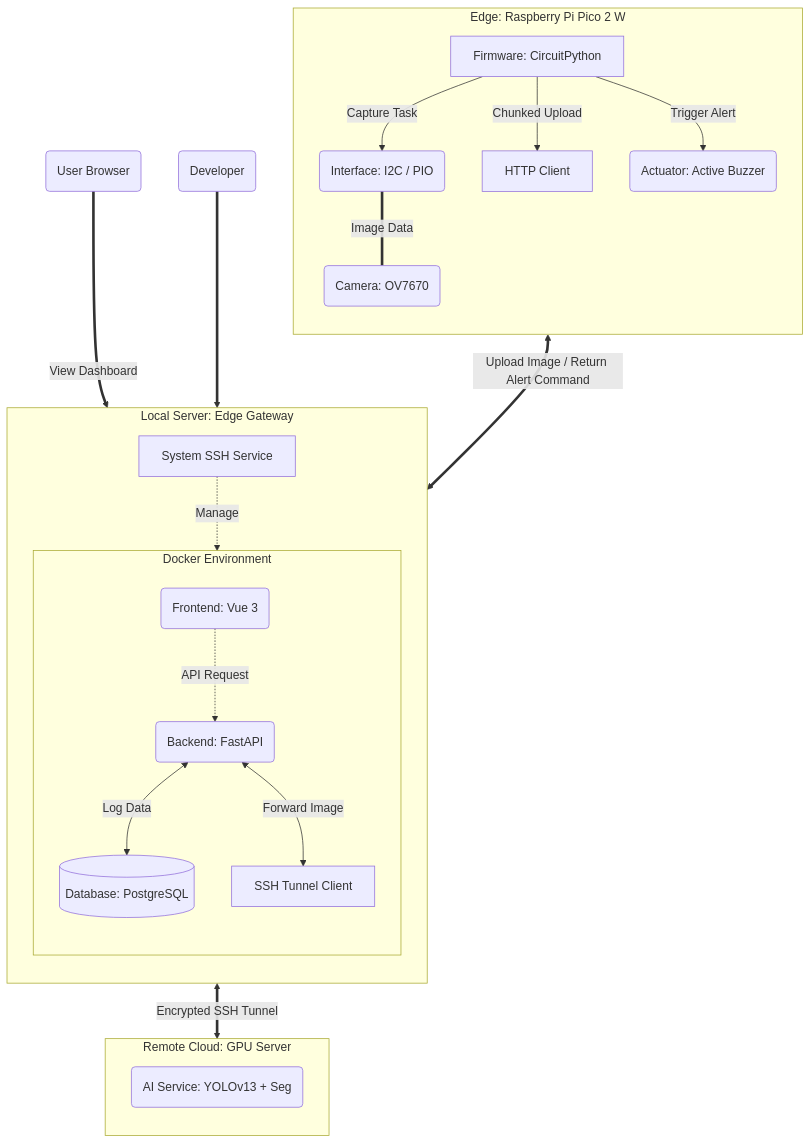
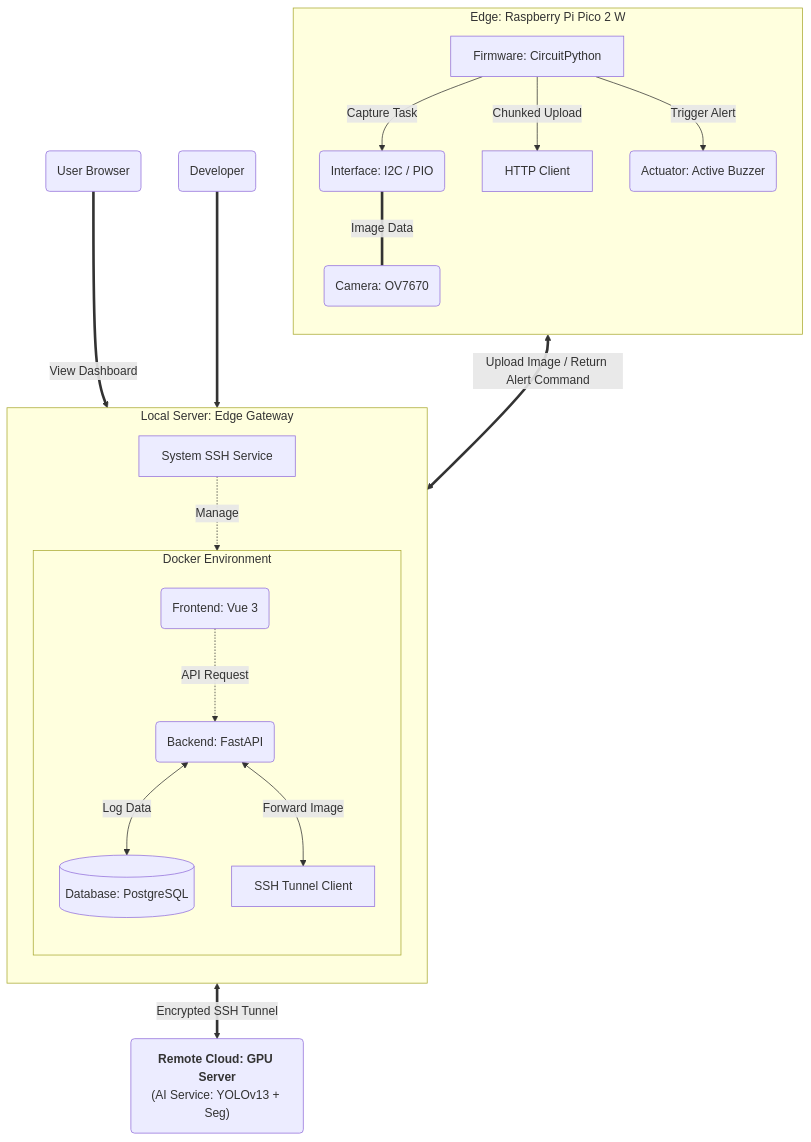
The second of 2 diagrams in README.md (Spl6026/NTUT_EmbeddingSystemFinal), drawn with Mermaid before and after one commit.

Commit message:
Revise architecture diagram in README
Updated the README to reflect changes in the architecture diagram, replacing 'Remote Cloud' with 'Remote Unit' and adjusting connections.

````diff
--- a/README.md
+++ b/README.md
@@ -96,50 +96,47 @@
 ```mermaid
 graph TD
     %% --- 1. Edge Device ---
     subgraph Edge_Side [Edge: Raspberry Pi Pico 2 W]
         direction TB
         Firmware[Firmware: CircuitPython]
         Interface(Interface: I2C / PIO)
         Cam(Camera: OV7670)
         Buzzer(Actuator: Active Buzzer)
         
         %% Internal Connections
         Firmware -->|Capture Task| Interface
         Interface ===|Image Data| Cam
         Firmware -->|Chunked Upload| HttpClient[HTTP Client]
         Firmware -->|Trigger Alert| Buzzer
     end
 
     %% --- 2. Local Server ---
     subgraph Server_Host [Local Server: Edge Gateway]
         direction TB
         SSH_Service[System SSH Service]
         
         subgraph Docker_Env [Docker Environment]
             direction TB
             FastAPI(Backend: FastAPI)
             VueServer(Frontend: Vue 3)
             Tunnel[SSH Tunnel Client]
             DB[(Database: PostgreSQL)]
             
             %% Container Communication
             FastAPI <-->|Log Data| DB
             VueServer -.->|API Request| FastAPI
             FastAPI <-->|Forward Image| Tunnel
         end
         
         SSH_Service -.->|Manage| Docker_Env
     end
 
     %% --- 3. Remote Cloud ---
-    subgraph Remote_Cloud [Remote Cloud: GPU Server]
-        direction TB
-        YOLO(AI Service: YOLOv13 + Seg)
-    end
+    Remote_Unit("<b>Remote Cloud: GPU Server</b><br/>(AI Service: YOLOv13 + Seg)")
 
     %% --- External Data Flow ---
     HttpClient <== "Upload Image / Return Alert Command" ==> FastAPI
-    Tunnel <== Encrypted SSH Tunnel ==> YOLO
+    Tunnel <== Encrypted SSH Tunnel ==> Remote_Unit
     Browser(User Browser) == View Dashboard ==> VueServer
     Admin(Developer) ==> SSH_Service
 ```
````
